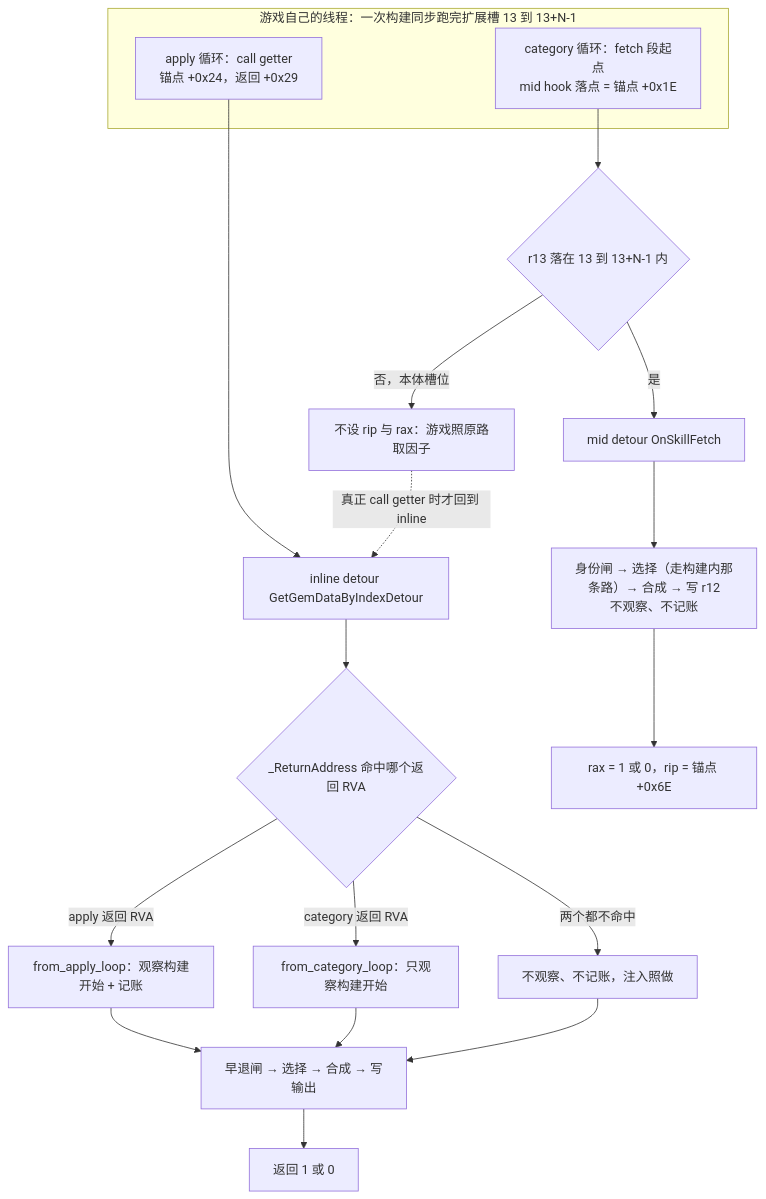
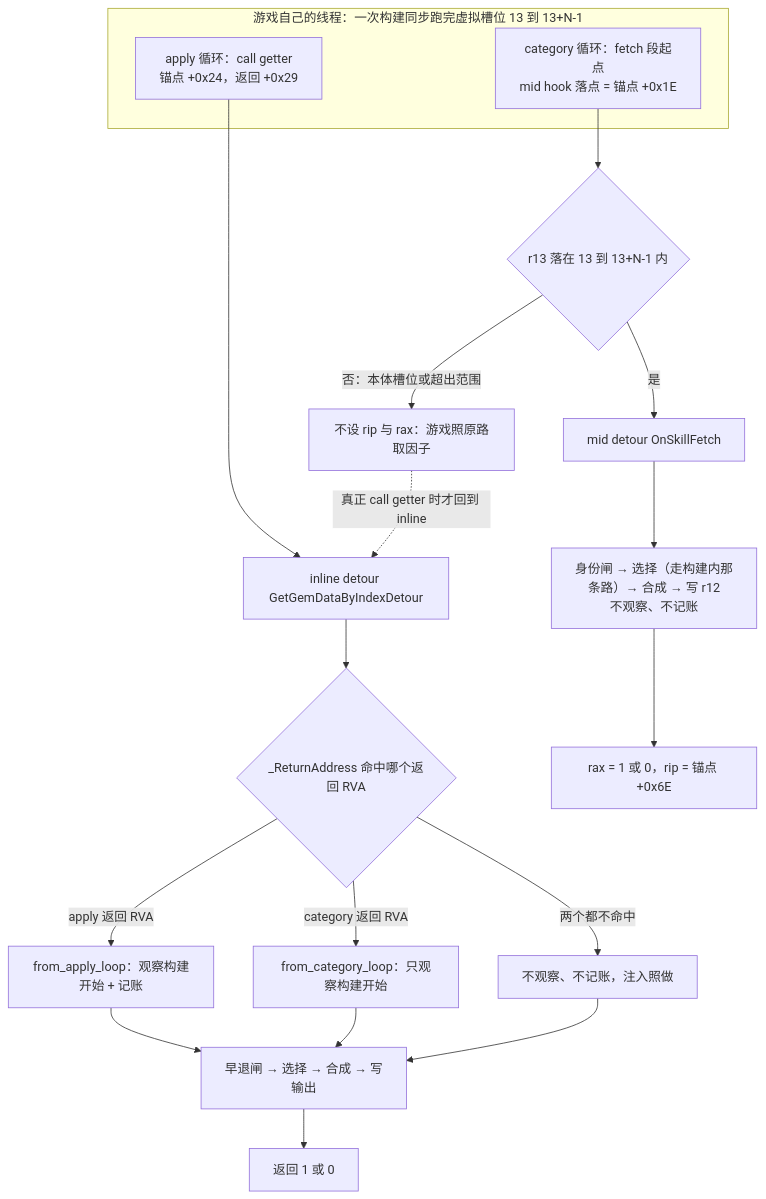
The first of 5 diagrams in openwiki/workflows/skill-injection-runtime.md (baagod/GBFR-Sigil-Loadout), drawn with Mermaid before and after one commit. The commit also changed other lines of this file and 33 other files, not shown here.

````diff
--- a/openwiki/workflows/skill-injection-runtime.md
+++ b/openwiki/workflows/skill-injection-runtime.md
@@ -86,22 +91,22 @@
 ```mermaid
 flowchart TD
-    subgraph GAME["游戏自己的线程：一次构建同步跑完扩展槽 13 到 13+N-1"]
+    subgraph GAME["游戏自己的线程：一次构建同步跑完虚拟槽位 13 到 13+N-1"]
         APPLY["apply 循环：call getter<br/>锚点 +0x24，返回 +0x29"]
         FETCH["category 循环：fetch 段起点<br/>mid hook 落点 = 锚点 +0x1E"]
     end
     APPLY --> INLINE["inline detour GetGemDataByIndexDetour"]
     FETCH --> RANGE{"r13 落在 13 到 13+N-1 内"}
-    RANGE -- "否，本体槽位" --> NATIVE["不设 rip 与 rax：游戏照原路取因子"]
+    RANGE -- "否：本体槽位或超出范围" --> NATIVE["不设 rip 与 rax：游戏照原路取因子"]
     RANGE -- "是" --> MID["mid detour OnSkillFetch"]
     NATIVE -. 真正 call getter 时才回到 inline .-> INLINE
     INLINE --> CLS{"_ReturnAddress 命中哪个返回 RVA"}
     CLS -- "apply 返回 RVA" --> BOTH["from_apply_loop：观察构建开始 + 记账"]
     CLS -- "category 返回 RVA" --> ONLYCAT["from_category_loop：只观察构建开始"]
     CLS -- "两个都不命中" --> NONE["不观察、不记账，注入照做"]
     BOTH --> COPY["早退闸 → 选择 → 合成 → 写输出"]
     ONLYCAT --> COPY
     NONE --> COPY
     MID --> MIDCOPY["身份闸 → 选择（走构建内那条路）→ 合成 → 写 r12<br/>不观察、不记账"]
     COPY --> RET["返回 1 或 0"]
     MIDCOPY --> MIDRET["rax = 1 或 0，rip = 锚点 +0x6E"]
 ```
````
